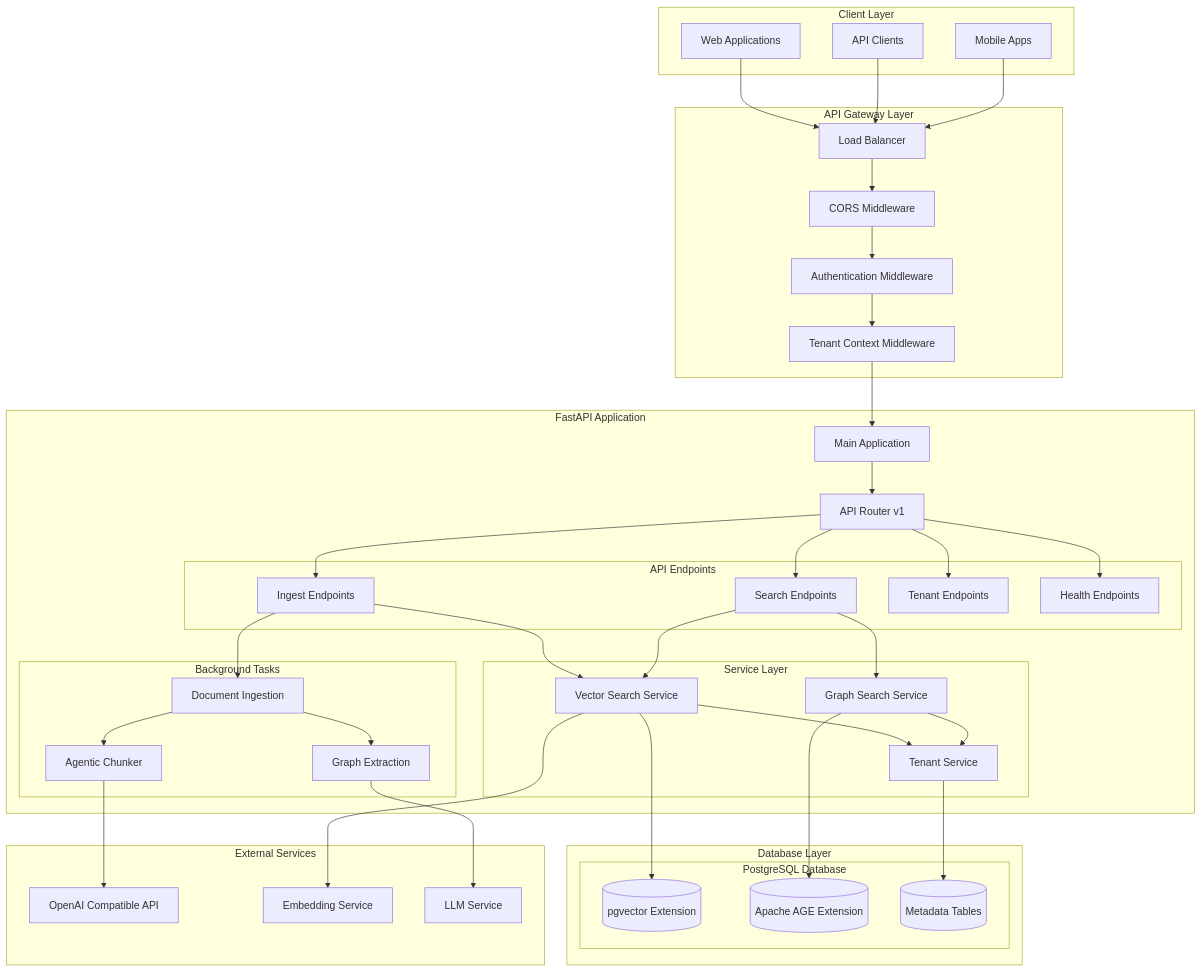
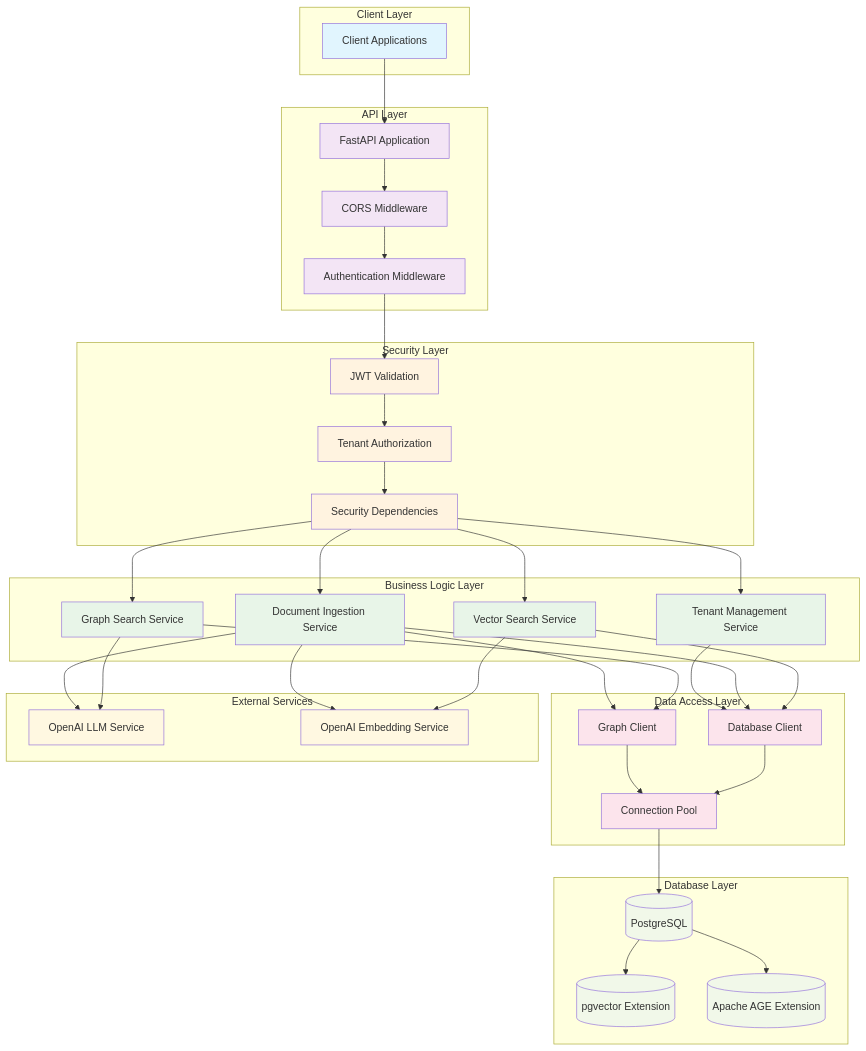
The first of 12 diagrams in README.md (lkiitkgp/1), drawn with Mermaid before and after one commit. The commit also changed other lines of this file, not shown here.

````diff
--- a/README.md
+++ b/README.md
@@ -34,87 +59,95 @@
 ```mermaid
 graph TB
     subgraph "Client Layer"
-        WEB[Web Applications]
-        API_CLIENT[API Clients]
-        MOBILE[Mobile Apps]
+        Client[Client Applications]
     end
     
-    subgraph "API Gateway Layer"
-        LB[Load Balancer]
+    subgraph "API Layer"
+        FastAPI[FastAPI Application]
         CORS[CORS Middleware]
-        AUTH[Authentication Middleware]
-        TENANT[Tenant Context Middleware]
+        Auth[Authentication Middleware]
     end
     
-    subgraph "FastAPI Application"
-        MAIN[Main Application]
-        ROUTER[API Router v1]
-        
-        subgraph "API Endpoints"
-            INGEST_EP[Ingest Endpoints]
-            SEARCH_EP[Search Endpoints]
-            TENANT_EP[Tenant Endpoints]
-            HEALTH_EP[Health Endpoints]
-        end
-        
-        subgraph "Service Layer"
-            VECTOR_SVC[Vector Search Service]
-            GRAPH_SVC[Graph Search Service]
-            TENANT_SVC[Tenant Service]
-        end
-        
-        subgraph "Background Tasks"
-            INGESTION[Document Ingestion]
-            CHUNKER[Agentic Chunker]
-            GRAPH_EXTRACT[Graph Extraction]
-        end
+    subgraph "Security Layer"
+        JWT[JWT Validation]
+        TenantAuth[Tenant Authorization]
+        Security[Security Dependencies]
+    end
+    
+    subgraph "Business Logic Layer"
+        VectorService[Vector Search Service]
+        GraphService[Graph Search Service]
+        TenantService[Tenant Management Service]
+        IngestionService[Document Ingestion Service]
+    end
+    
+    subgraph "Data Access Layer"
+        DatabaseClient[Database Client]
+        GraphClient[Graph Client]
+        ConnectionPool[Connection Pool]
     end
     
     subgraph "Database Layer"
-        subgraph "PostgreSQL Database"
-            PGVECTOR[(pgvector Extension)]
-            AGE[(Apache AGE Extension)]
-            METADATA[(Metadata Tables)]
-        end
+        PostgreSQL[(PostgreSQL)]
+        PGVector[(pgvector Extension)]
+        ApacheAGE[(Apache AGE Extension)]
     end
     
     subgraph "External Services"
-        OPENAI[OpenAI Compatible API]
-        EMBEDDING[Embedding Service]
-        LLM[LLM Service]
+        OpenAI_LLM[OpenAI LLM Service]
+        OpenAI_Embed[OpenAI Embedding Service]
     end
     
-    WEB --> LB
-    API_CLIENT --> LB
-    MOBILE --> LB
+    %% Client connections
+    Client --> FastAPI
     
-    LB --> CORS
-    CORS --> AUTH
-    AUTH --> TENANT
-    TENANT --> MAIN
+    %% API Layer flow
+    FastAPI --> CORS
+    CORS --> Auth
+    Auth --> JWT
     
-    MAIN --> ROUTER
-    ROUTER --> INGEST_EP
-    ROUTER --> SEARCH_EP
-    ROUTER --> TENANT_EP
-    ROUTER --> HEALTH_EP
+    %% Security flow
+    JWT --> TenantAuth
+    TenantAuth --> Security
+    Security --> VectorService
+    Security --> GraphService
+    Security --> TenantService
+    Security --> IngestionService
     
-    INGEST_EP --> VECTOR_SVC
-    INGEST_EP --> INGESTION
-    SEARCH_EP --> VECTOR_SVC
-    SEARCH_EP --> GRAPH_SVC
+    %% Business Logic to Data Access
+    VectorService --> DatabaseClient
+    GraphService --> GraphClient
+    IngestionService --> DatabaseClient
+    IngestionService --> GraphClient
+    TenantService --> DatabaseClient
     
-    VECTOR_SVC --> TENANT_SVC
-    GRAPH_SVC --> TENANT_SVC
+    %% Data Access to Database
+    DatabaseClient --> ConnectionPool
+    GraphClient --> ConnectionPool
+    ConnectionPool --> PostgreSQL
+    PostgreSQL --> PGVector
+    PostgreSQL --> ApacheAGE
     
-    INGESTION --> CHUNKER
-    INGESTION --> GRAPH_EXTRACT
+    %% External Service connections
+    VectorService --> OpenAI_Embed
+    GraphService --> OpenAI_LLM
+    IngestionService --> OpenAI_LLM
+    IngestionService --> OpenAI_Embed
     
-    VECTOR_SVC --> PGVECTOR
-    GRAPH_SVC --> AGE
-    TENANT_SVC --> METADATA
+    %% Styling
+    classDef clientLayer fill:#e1f5fe
+    classDef apiLayer fill:#f3e5f5
+    classDef securityLayer fill:#fff3e0
+    classDef businessLayer fill:#e8f5e8
+    classDef dataLayer fill:#fce4ec
+    classDef dbLayer fill:#f1f8e9
+    classDef externalLayer fill:#fff8e1
     
-    CHUNKER --> OPENAI
-    GRAPH_EXTRACT --> LLM
-    VECTOR_SVC --> EMBEDDING
+    class Client clientLayer
+    class FastAPI,CORS,Auth apiLayer
+    class JWT,TenantAuth,Security securityLayer
+    class VectorService,GraphService,TenantService,IngestionService businessLayer
+    class DatabaseClient,GraphClient,ConnectionPool dataLayer
+    class PostgreSQL,PGVector,ApacheAGE dbLayer
+    class OpenAI_LLM,OpenAI_Embed externalLayer
 ```
````
